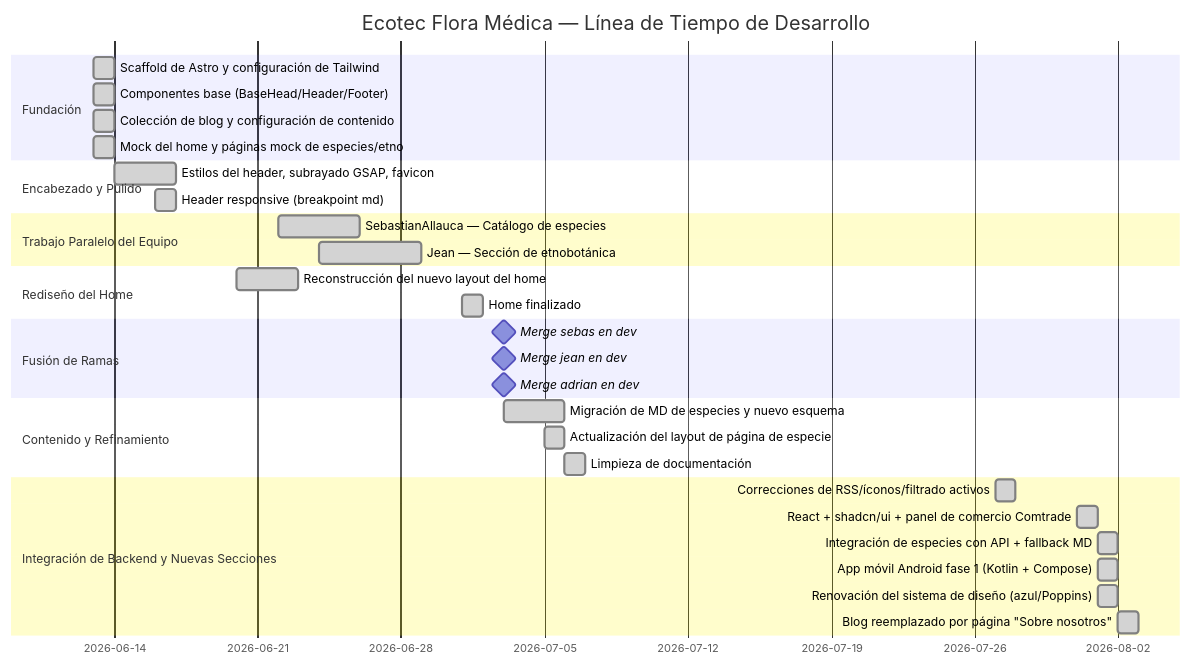
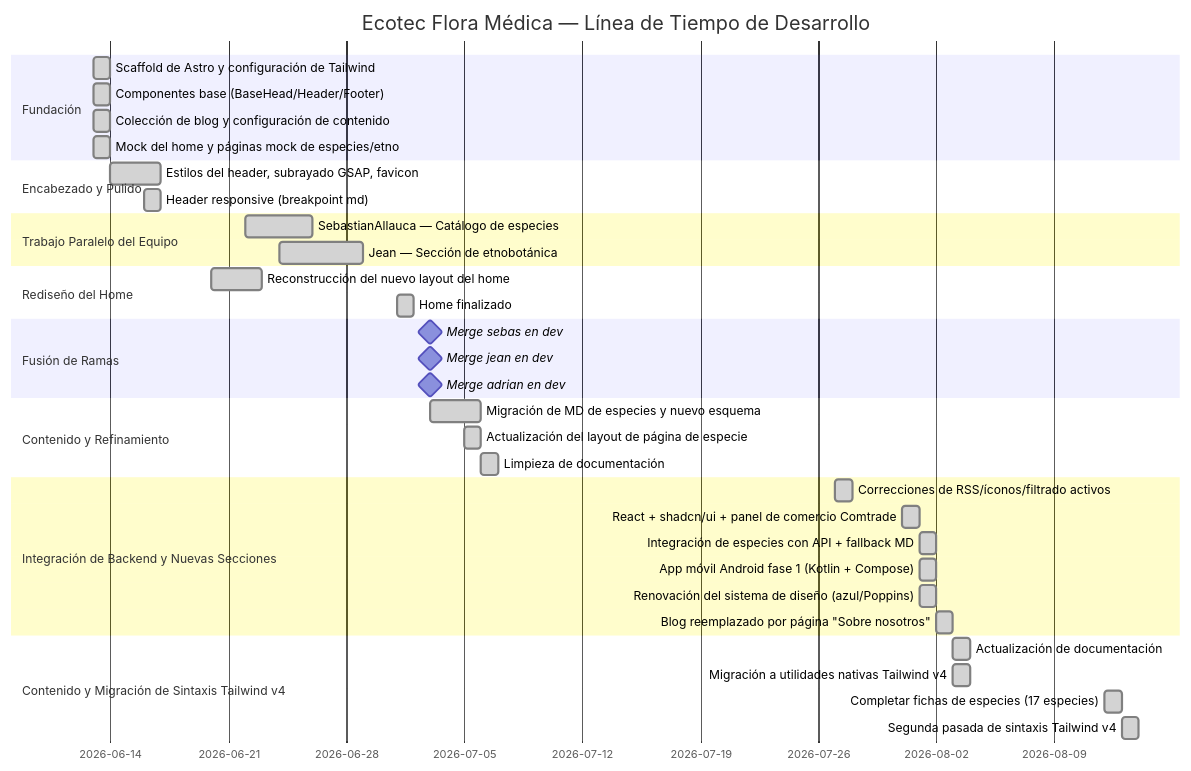
One commit to alps2005/ecotec-flora-medica changed the diagram in docs/DEVELOPMENT_HISTORY.md. Above: the diagram before and after it, drawn with Mermaid. The commit also changed other lines of this file and 6 other files, not shown here.

First line of the commit message:
docs: actualizar documentación para reflejar sintaxis Tailwind v4 y agregar diagramas de arquitectura

````diff
--- a/docs/DEVELOPMENT_HISTORY.md
+++ b/docs/DEVELOPMENT_HISTORY.md
@@ -9,41 +9,47 @@
 ```mermaid
 gantt
     dateFormat  YYYY-MM-DD
     title Ecotec Flora Médica — Línea de Tiempo de Desarrollo
 
     section Fundación
     Scaffold de Astro y configuración de Tailwind  :done, 2026-06-13, 1d
     Componentes base (BaseHead/Header/Footer)       :done, 2026-06-13, 1d
     Colección de blog y configuración de contenido  :done, 2026-06-13, 1d
     Mock del home y páginas mock de especies/etno   :done, 2026-06-13, 1d
 
     section Encabezado y Pulido
     Estilos del header, subrayado GSAP, favicon     :done, 2026-06-14, 3d
     Header responsive (breakpoint md)               :done, 2026-06-16, 1d
 
     section Trabajo Paralelo del Equipo
     SebastianAllauca — Catálogo de especies         :done, 2026-06-22, 4d
     Jean — Sección de etnobotánica                  :done, 2026-06-24, 5d
 
     section Rediseño del Home
     Reconstrucción del nuevo layout del home        :done, 2026-06-20, 3d
     Home finalizado                                 :done, 2026-07-01, 1d
 
     section Fusión de Ramas
     Merge sebas en dev                              :milestone, 2026-07-03, 0d
     Merge jean en dev                               :milestone, 2026-07-03, 0d
     Merge adrian en dev                             :milestone, 2026-07-03, 0d
 
     section Contenido y Refinamiento
     Migración de MD de especies y nuevo esquema     :done, 2026-07-03, 3d
     Actualización del layout de página de especie   :done, 2026-07-05, 1d
     Limpieza de documentación                       :done, 2026-07-06, 1d
 
     section Integración de Backend y Nuevas Secciones
     Correcciones de RSS/íconos/filtrado activos     :done, 2026-07-27, 1d
     React + shadcn/ui + panel de comercio Comtrade  :done, 2026-07-31, 1d
     Integración de especies con API + fallback MD   :done, 2026-08-01, 1d
     App móvil Android fase 1 (Kotlin + Compose)      :done, 2026-08-01, 1d
     Renovación del sistema de diseño (azul/Poppins)  :done, 2026-08-01, 1d
     Blog reemplazado por página "Sobre nosotros"     :done, 2026-08-02, 1d
+
+    section Contenido y Migración de Sintaxis Tailwind v4
+    Actualización de documentación                  :done, 2026-08-03, 1d
+    Migración a utilidades nativas Tailwind v4       :done, 2026-08-03, 1d
+    Completar fichas de especies (17 especies)       :done, 2026-08-12, 1d
+    Segunda pasada de sintaxis Tailwind v4           :done, 2026-08-13, 1d
 ```
````
